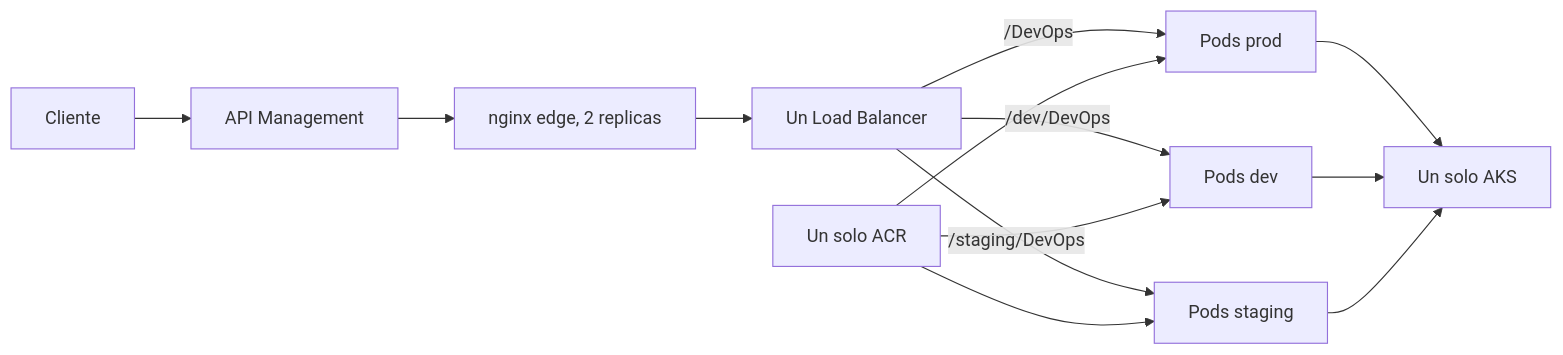
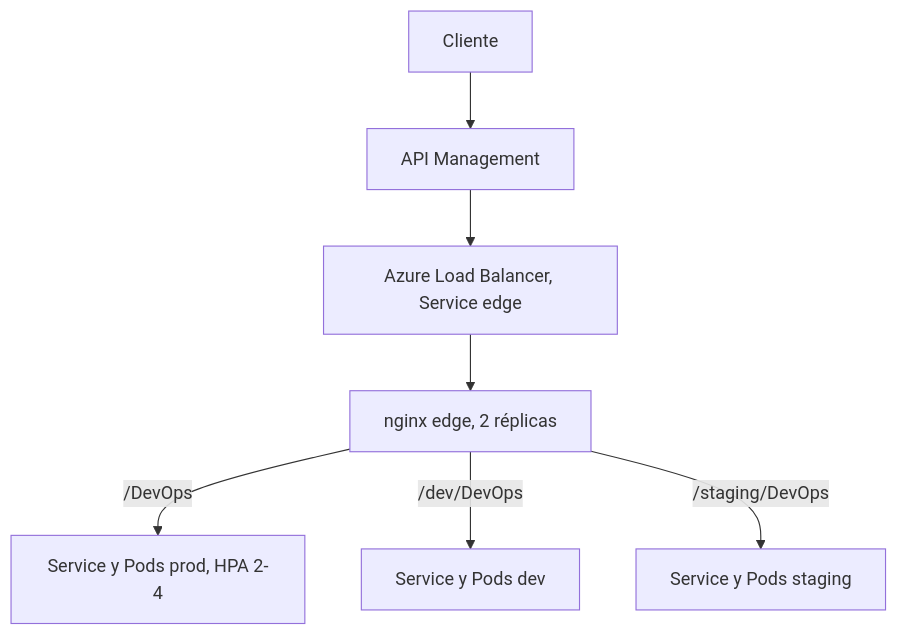
Before and after one commit to Freperush/devops-challenge: the third of 3 diagrams in README.md, drawn with Mermaid. The commit also changed other lines of this file and 4 other files, not shown here.

First line of the commit message:
docs: put the load balancer before nginx

````diff
--- a/README.md
+++ b/README.md
@@ -140,15 +140,9 @@
 ```mermaid
-flowchart LR
+flowchart TD
   client["Cliente"] --> apim["API Management"]
-  apim --> edge["nginx edge, 2 replicas"]
-  edge --> lb["Un Load Balancer"]
-  lb -->|"/DevOps"| prodPods["Pods prod"]
-  lb -->|"/dev/DevOps"| devPods["Pods dev"]
-  lb -->|"/staging/DevOps"| stgPods["Pods staging"]
-  prodPods --> aks["Un solo AKS"]
-  devPods --> aks
-  stgPods --> aks
-  acr["Un solo ACR"] --> prodPods
-  acr --> devPods
-  acr --> stgPods
+  apim --> lb["Azure Load Balancer, Service edge"]
+  lb --> edge["nginx edge, 2 réplicas"]
+  edge -->|"/DevOps"| prod["Service y Pods prod, HPA 2-4"]
+  edge -->|"/dev/DevOps"| dev["Service y Pods dev"]
+  edge -->|"/staging/DevOps"| stg["Service y Pods staging"]
 ```
````
